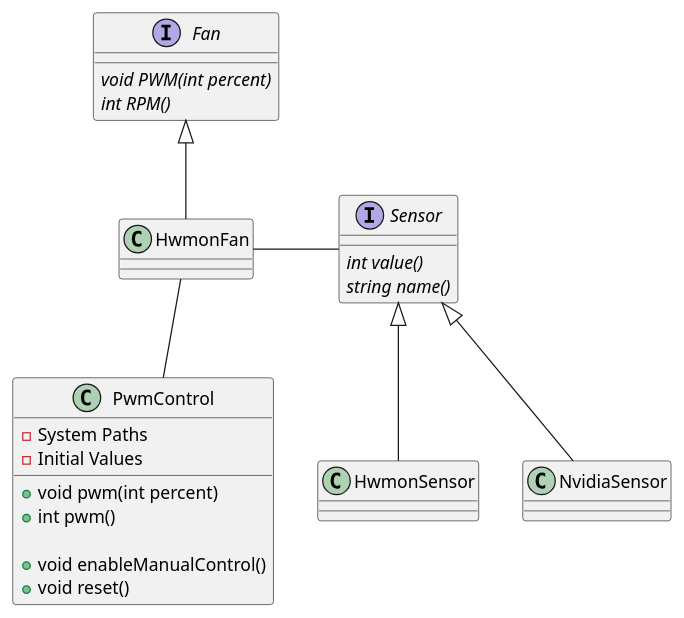
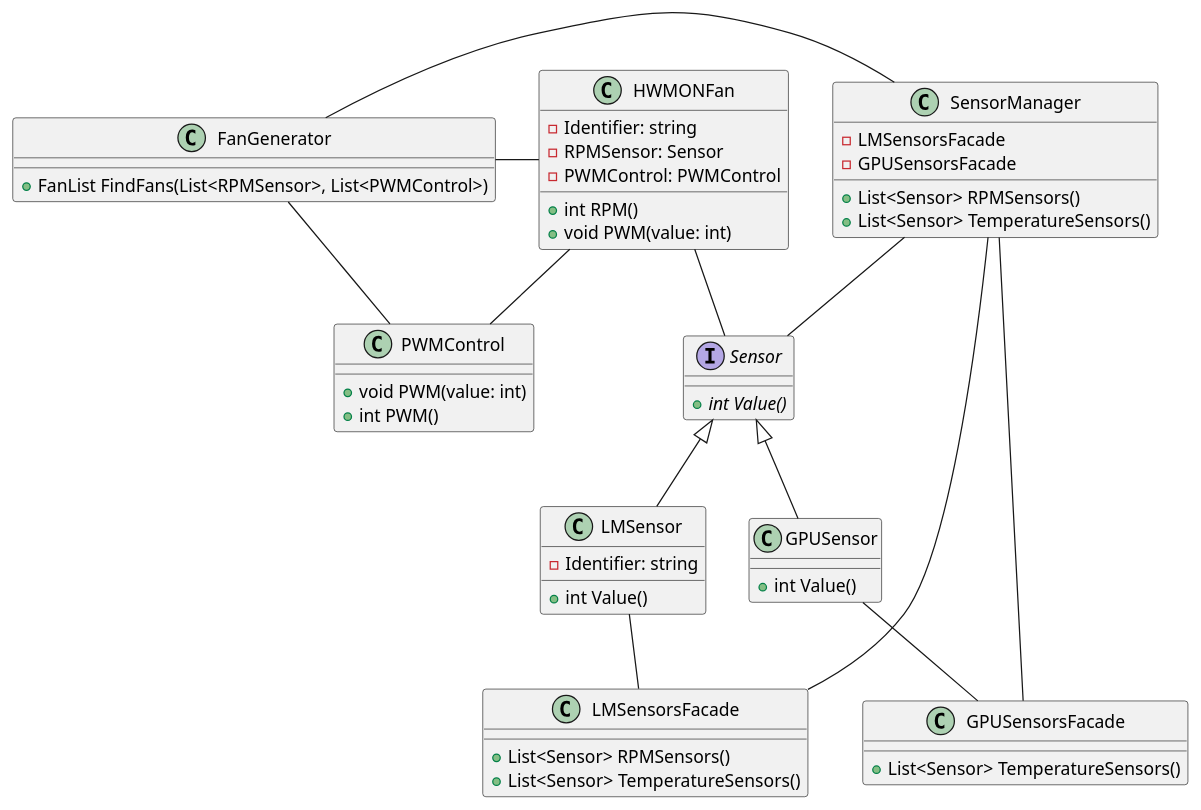
One commit to Tabascl/fantasize changed the diagram in app/doc/Class.plantuml. Above: the diagram before and after it, drawn with PlantUML. The commit also changed 27 other files, not shown here.

```diff
--- a/app/doc/Class.plantuml
+++ b/app/doc/Class.plantuml
@@ -1,32 +1,71 @@
 @startuml
-interface Fan {
-        {abstract} void PWM(int percent)
-        {abstract} int RPM()
+interface Sensor {
+        + {abstract} int Value()
 }
 
-interface Sensor {
-        {abstract} int value()
-        {abstract} string name()
+class LMSensor {
+        - Identifier: string
+
+        + int Value()
 }
 
-class PwmControl {
-        +void pwm(int percent)
-        +int pwm()
-
-        + void enableManualControl()
-        + void reset()
-
-        - System Paths
-        - Initial Values
+class GPUSensor {
+        + int Value()
 }
 
-Fan <|-- HwmonFan
+class HWMONFan {
+        - Identifier: string
+        - RPMSensor: Sensor
+        - PWMControl: PWMControl
 
-Sensor <|-- HwmonSensor
-Sensor <|-- NvidiaSensor
+        + int RPM()
+        + void PWM(value: int)
+}
 
-HwmonFan - Sensor
-HwmonFan -- PwmControl
+class PWMControl {
+        + void PWM(value: int)
+        + int PWM()
+}
 
+class LMSensorsFacade
+{
+        + List<Sensor> RPMSensors()
+        + List<Sensor> TemperatureSensors()
+}
 
+class GPUSensorsFacade
+{
+        + List<Sensor> TemperatureSensors()
+}
+
+class SensorManager
+{
+        - LMSensorsFacade
+        - GPUSensorsFacade
+
+        + List<Sensor> RPMSensors()
+        + List<Sensor> TemperatureSensors()
+}
+
+class FanGenerator
+{
+        + FanList FindFans(List<RPMSensor>, List<PWMControl>)
+}
+
+HWMONFan -- Sensor
+HWMONFan -- PWMControl
+
+Sensor <|-- LMSensor
+Sensor <|-- GPUSensor
+
+SensorManager - Sensor
+
+LMSensor -- LMSensorsFacade
+GPUSensor -- GPUSensorsFacade
+LMSensorsFacade -- SensorManager
+GPUSensorsFacade -- SensorManager
+
+FanGenerator - HWMONFan
+FanGenerator - SensorManager
+FanGenerator - PWMControl
 @enduml
```
